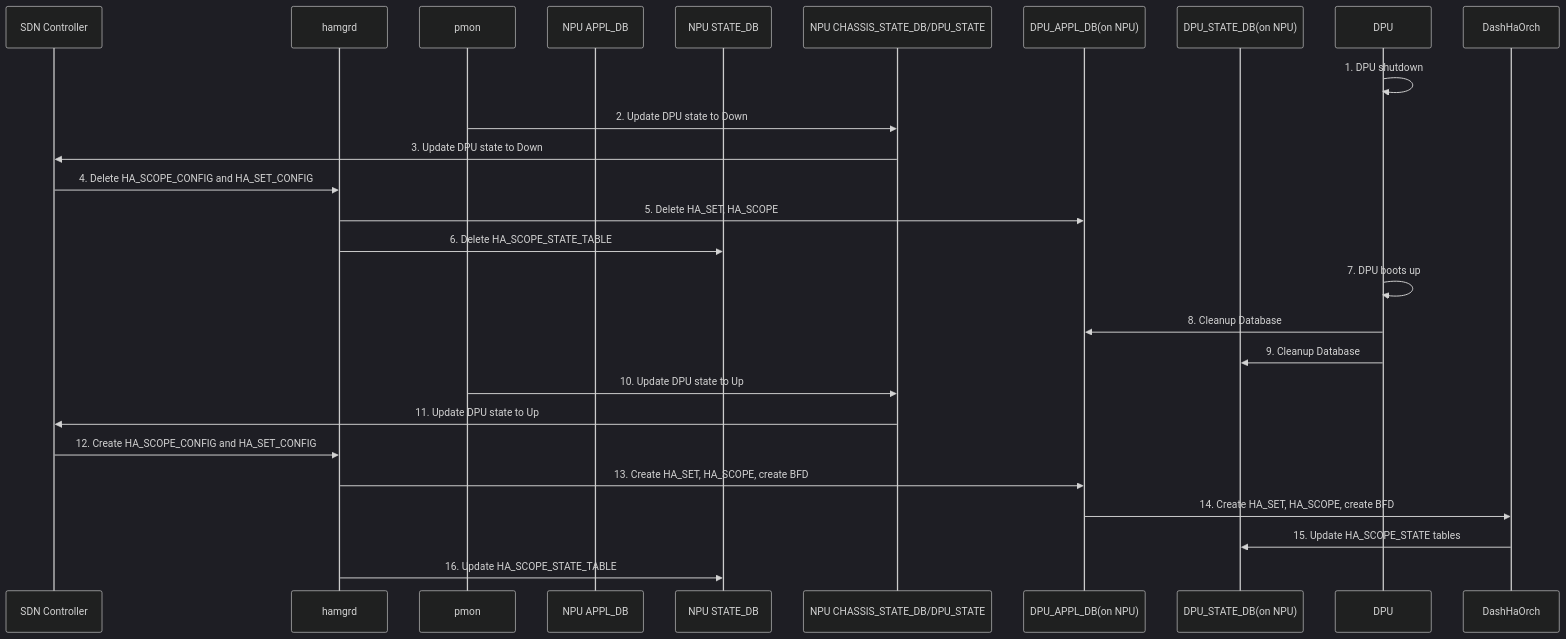
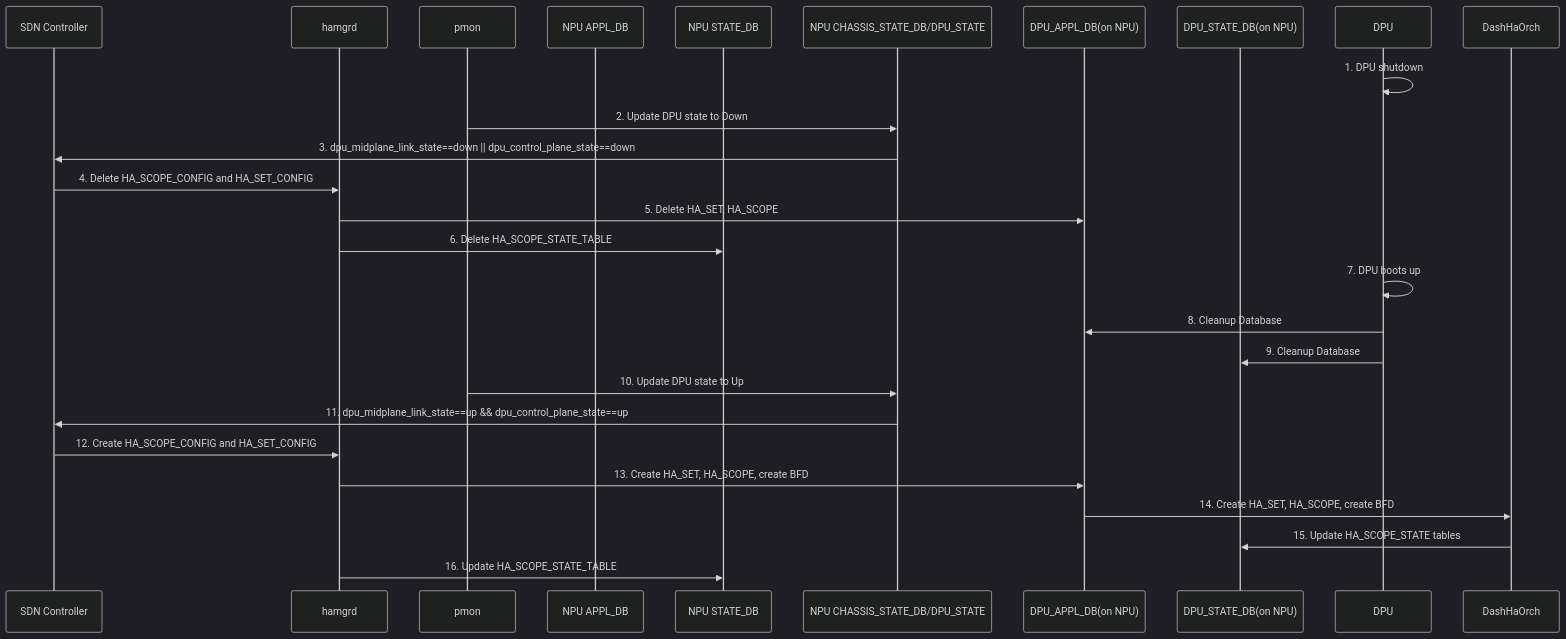
One commit to sonic-net/SONiC changed the diagram in doc/smart-switch/high-availability/dpu_reboot.md. Above: the diagram before and after it, drawn with Mermaid (dark theme).

Commit message:
address commetns

````diff
--- a/doc/smart-switch/high-availability/dpu_reboot.md
+++ b/doc/smart-switch/high-availability/dpu_reboot.md
@@ -21,33 +21,33 @@
 ```mermaid
 sequenceDiagram
     participant SDN Controller
     participant hamgrd
     participant pmon
     participant NPU APPL_DB
     participant NPU STATE_DB
     participant NPU CHASSIS_STATE_DB/DPU_STATE
     participant DPU_APPL_DB(on NPU)
     participant DPU_STATE_DB(on NPU)
     participant DPU
     participant DashHaOrch
 
     DPU->>DPU: 1. DPU shutdown
     pmon->>NPU CHASSIS_STATE_DB/DPU_STATE: 2. Update DPU state to Down
-    NPU CHASSIS_STATE_DB/DPU_STATE->>SDN Controller: 3. Update DPU state to Down
+    NPU CHASSIS_STATE_DB/DPU_STATE->>SDN Controller: 3. dpu_midplane_link_state==down || dpu_control_plane_state==down
     SDN Controller->>hamgrd: 4. Delete HA_SCOPE_CONFIG and HA_SET_CONFIG
     hamgrd->>DPU_APPL_DB(on NPU): 5. Delete HA_SET, HA_SCOPE
     hamgrd->>NPU STATE_DB: 6. Delete HA_SCOPE_STATE_TABLE
     
     DPU->>DPU: 7. DPU boots up 
     DPU->>DPU_APPL_DB(on NPU): 8. Cleanup Database
     DPU->>DPU_STATE_DB(on NPU): 9. Cleanup Database
 
     pmon->>NPU CHASSIS_STATE_DB/DPU_STATE: 10. Update DPU state to Up
-    NPU CHASSIS_STATE_DB/DPU_STATE->>SDN Controller: 11. Update DPU state to Up
+    NPU CHASSIS_STATE_DB/DPU_STATE->>SDN Controller: 11. dpu_midplane_link_state==up && dpu_control_plane_state==up
 
     SDN Controller->>hamgrd: 12. Create HA_SCOPE_CONFIG and HA_SET_CONFIG
     hamgrd->>DPU_APPL_DB(on NPU): 13. Create HA_SET, HA_SCOPE, create BFD
     DPU_APPL_DB(on NPU)->>DashHaOrch: 14. Create HA_SET, HA_SCOPE, create BFD
     DashHaOrch->>DPU_STATE_DB(on NPU): 15. Update HA_SCOPE_STATE tables
     hamgrd->>NPU STATE_DB: 16. Update HA_SCOPE_STATE_TABLE
 ```
````
